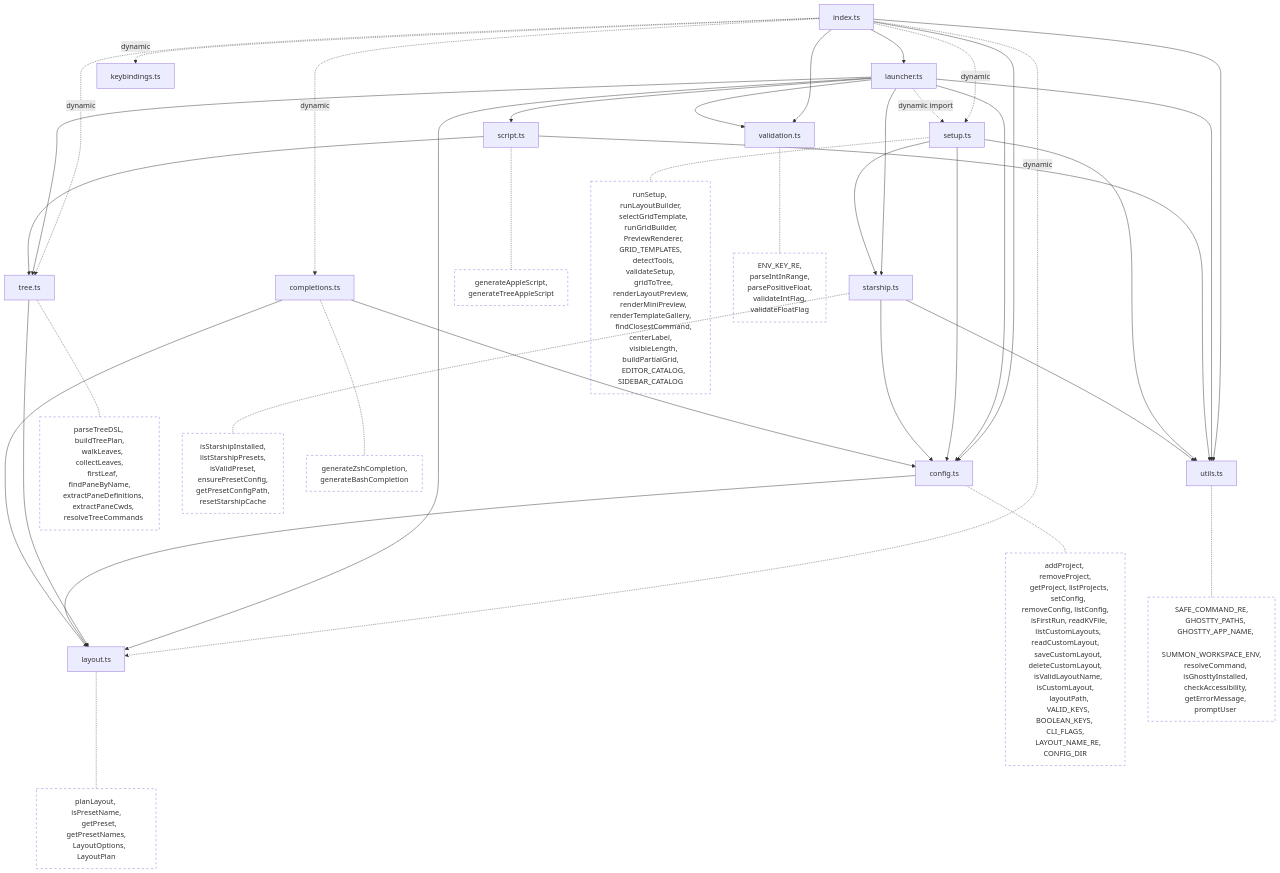
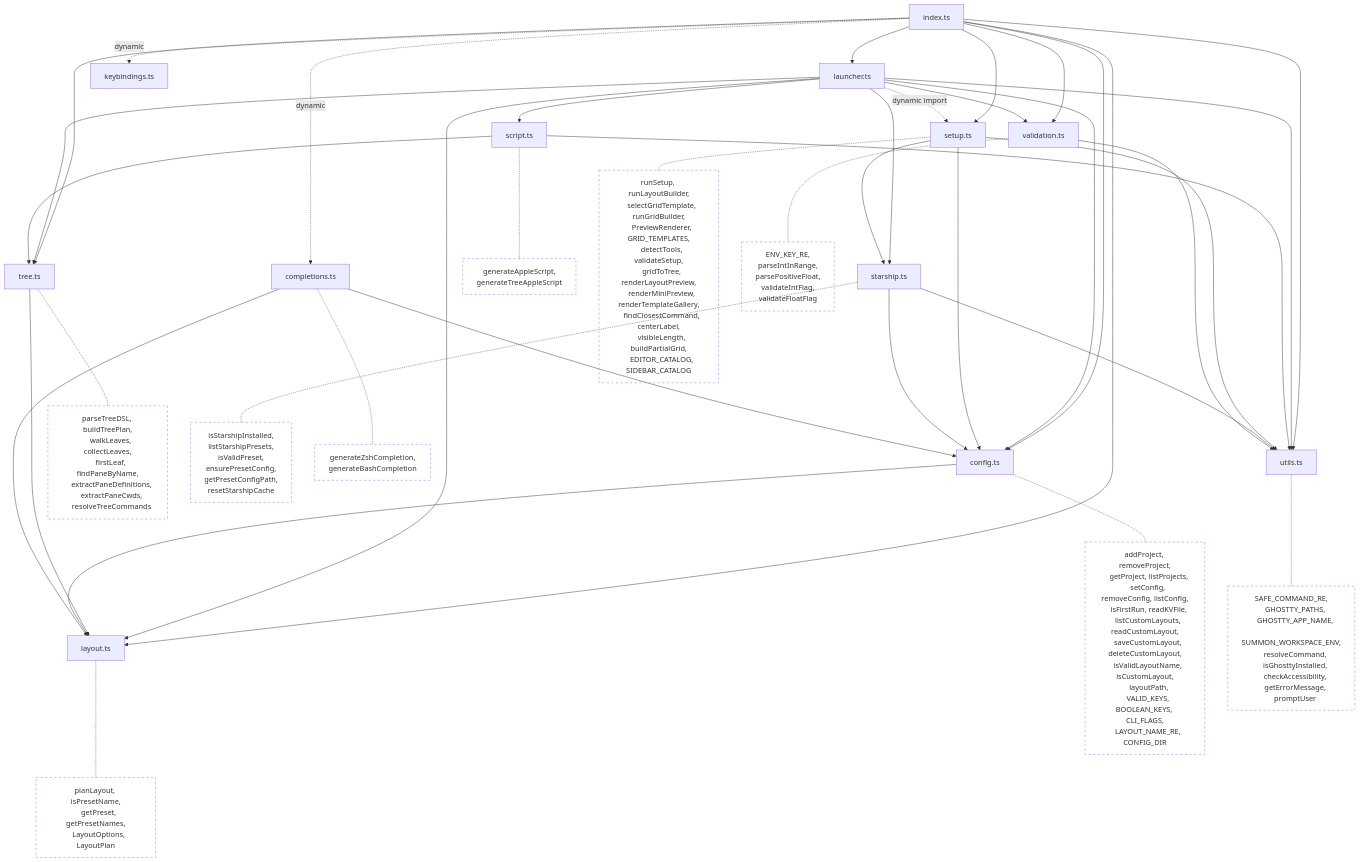
Before and after one commit to juan294/summon: the first of 4 diagrams in docs/architecture.md, drawn with Mermaid. The commit also changed other lines of this file and 3 other files, not shown here.

First line of the commit message:
docs: update architecture diagrams, version refs, and initial-input docs

```diff
--- a/docs/architecture.md
+++ b/docs/architecture.md
@@ -29,11 +29,11 @@
     index --> launcher[launcher.ts]
     index --> validation[validation.ts]
     index --> utils[utils.ts]
-    index -.->|dynamic| setup[setup.ts]
+    index --> setup[setup.ts]
     index -.->|dynamic| completions[completions.ts]
     index -.->|dynamic| keybindings[keybindings.ts]
-    index -.->|dynamic| tree[tree.ts]
-    index -.->|dynamic| layout[layout.ts]
+    index --> tree[tree.ts]
+    index --> layout[layout.ts]
     launcher --> config
     launcher --> layout
     launcher --> script[script.ts]
@@ -51,6 +51,7 @@
     setup --> starship
     starship --> config
     starship --> utils
+    validation --> utils
     completions --> config
     completions --> layout
 
```
